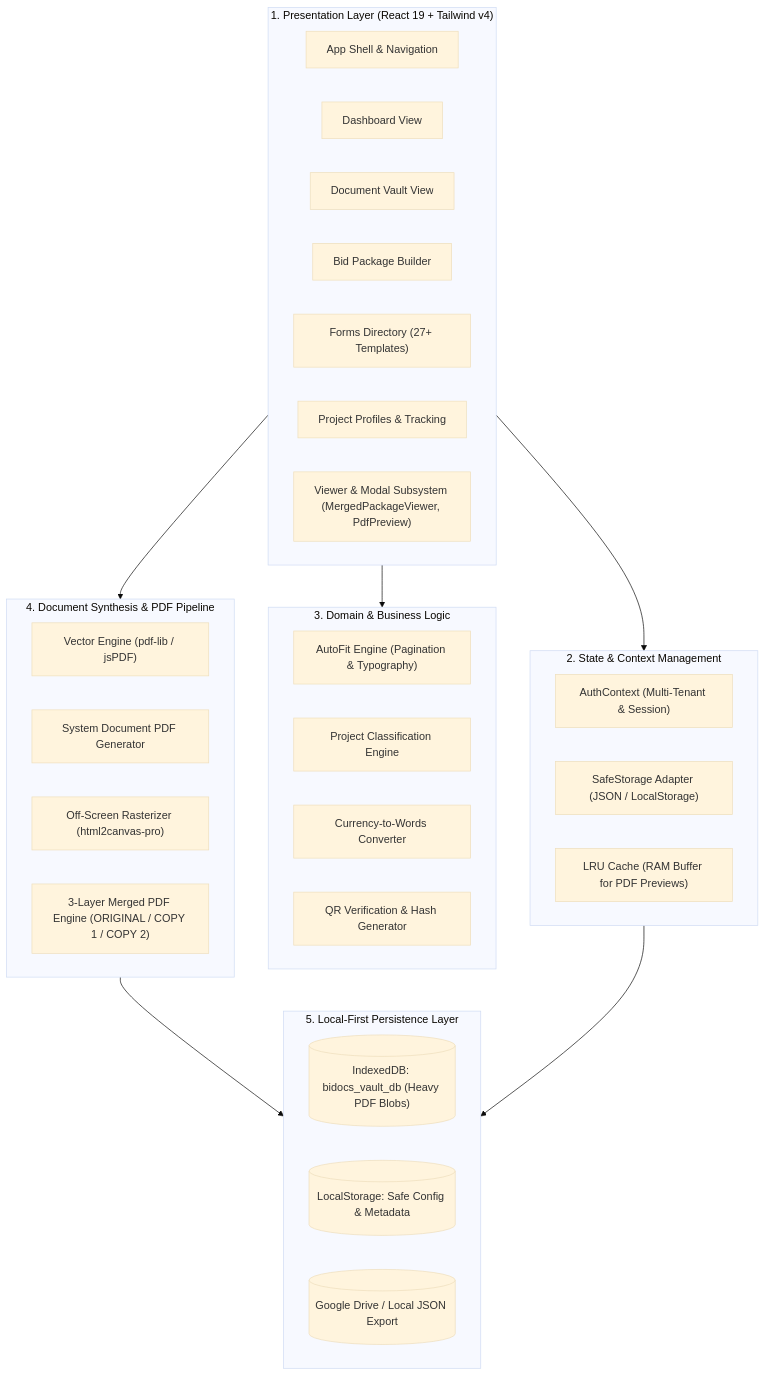
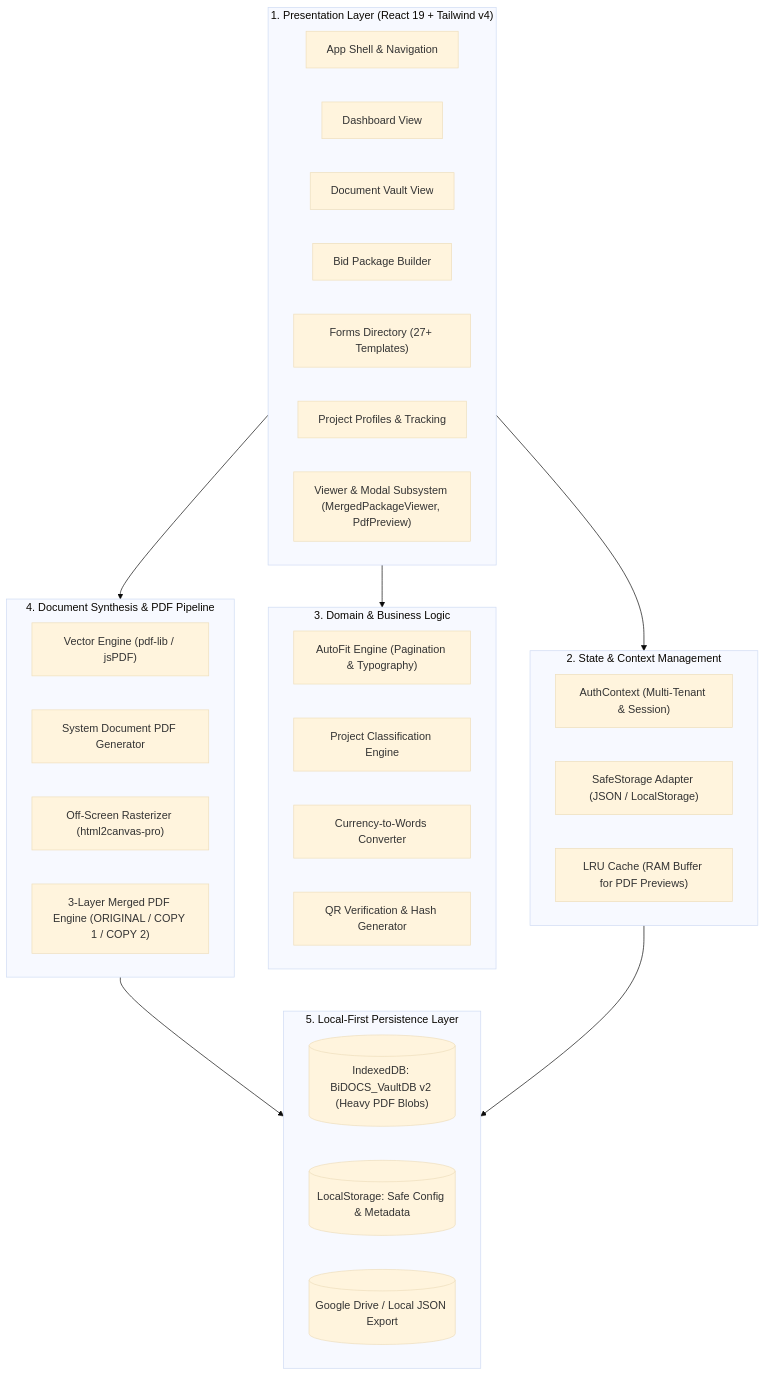
The first of 2 diagrams in ARCHITECTURE.md (clouds24ocampo/BID09082026), drawn with Mermaid (base theme) before and after one commit. The commit also changed other lines of this file and 45 other files, not shown here.

````diff
--- a/ARCHITECTURE.md
+++ b/ARCHITECTURE.md
@@ -13,44 +13,44 @@
 ```mermaid
 graph TD
     subgraph UI_Layer ["1. Presentation Layer (React 19 + Tailwind v4)"]
         AppShell["App Shell & Navigation"]
         Dashboard["Dashboard View"]
         VaultView["Document Vault View"]
         BidsView["Bid Package Builder"]
         FormsView["Forms Directory (27+ Templates)"]
         ProjectsView["Project Profiles & Tracking"]
         Modals["Viewer & Modal Subsystem (MergedPackageViewer, PdfPreview)"]
     end
 
     subgraph State_Layer ["2. State & Context Management"]
         AuthCtx["AuthContext (Multi-Tenant & Session)"]
         SafeStorage["SafeStorage Adapter (JSON / LocalStorage)"]
         LRU["LRU Cache (RAM Buffer for PDF Previews)"]
     end
 
     subgraph Domain_Layer ["3. Domain & Business Logic"]
         AutoFit["AutoFit Engine (Pagination & Typography)"]
         Classifier["Project Classification Engine"]
         NumWords["Currency-to-Words Converter"]
         QRGen["QR Verification & Hash Generator"]
     end
 
     subgraph PDF_Engine ["4. Document Synthesis & PDF Pipeline"]
         VectorGen["Vector Engine (pdf-lib / jsPDF)"]
         SysDocGen["System Document PDF Generator"]
         HtmlCanvas["Off-Screen Rasterizer (html2canvas-pro)"]
         MergeEngine["3-Layer Merged PDF Engine (ORIGINAL / COPY 1 / COPY 2)"]
     end
 
     subgraph Storage_Layer ["5. Local-First Persistence Layer"]
-        IDB[("IndexedDB: bidocs_vault_db (Heavy PDF Blobs)")]
+        IDB[("IndexedDB: BiDOCS_VaultDB v2 (Heavy PDF Blobs)")]
         LocalStore[("LocalStorage: Safe Config & Metadata")]
         DriveBackup[("Google Drive / Local JSON Export")]
     end
 
     UI_Layer --> State_Layer
     UI_Layer --> Domain_Layer
     UI_Layer --> PDF_Engine
     PDF_Engine --> Storage_Layer
     State_Layer --> Storage_Layer
 ```
````
